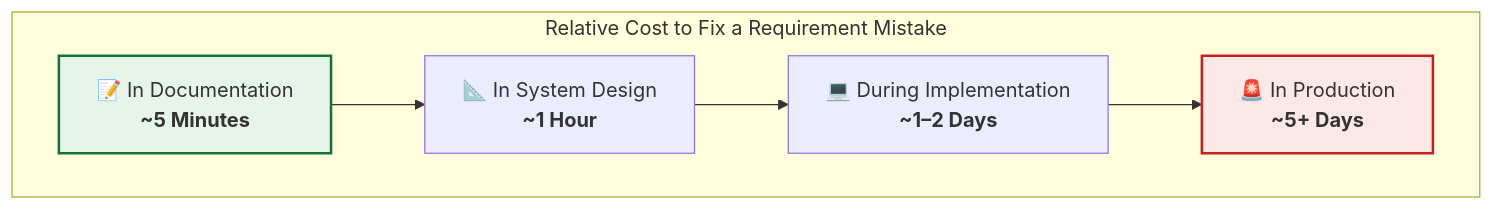
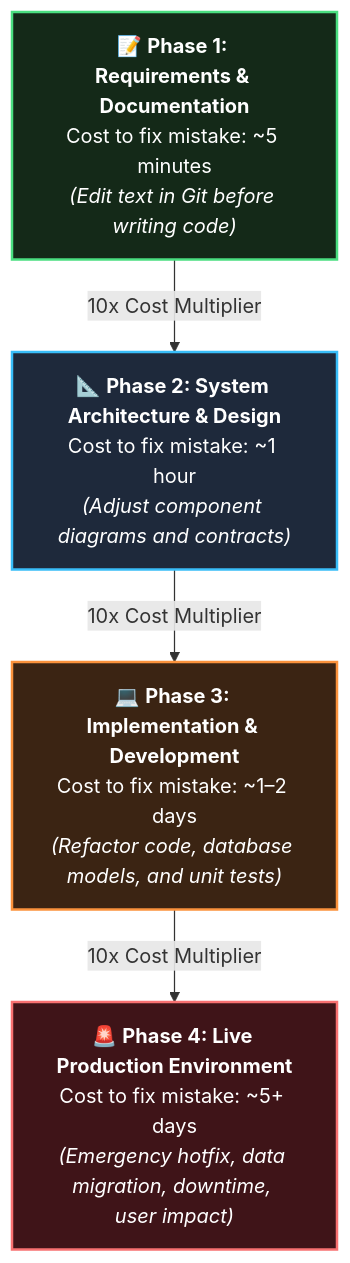
One commit to awoladhossain/OpsPilot changed the first of 6 diagrams in docs/00-how-to-write-docs.md. Above: the diagram before and after it, drawn with Mermaid. The commit also changed other lines of this file, not shown here.

Commit message:
docs: redesign Mermaid diagrams with high-contrast colors and vertical layout for readability

````diff
--- a/docs/00-how-to-write-docs.md
+++ b/docs/00-how-to-write-docs.md
@@ -10,11 +10,16 @@
 ```mermaid
-graph LR
-  subgraph Cost ["Relative Cost to Fix a Requirement Mistake"]
-    direction LR
-    A["📝 In Documentation<br><b>~5 Minutes</b>"] --> B["📐 In System Design<br><b>~1 Hour</b>"]
-    B --> C["💻 During Implementation<br><b>~1–2 Days</b>"]
-    C --> D["🚨 In Production<br><b>~5+ Days</b>"]
-  end
-  style A fill:#e6f4ea,stroke:#137333,stroke-width:2px
-  style D fill:#fce8e6,stroke:#c5221f,stroke-width:2px
+flowchart TD
+  A["📝 <b>Phase 1: Requirements & Documentation</b><br/>Cost to fix mistake: ~5 minutes<br/><i>(Edit text in Git before writing code)</i>"]
+  B["📐 <b>Phase 2: System Architecture & Design</b><br/>Cost to fix mistake: ~1 hour<br/><i>(Adjust component diagrams and contracts)</i>"]
+  C["💻 <b>Phase 3: Implementation & Development</b><br/>Cost to fix mistake: ~1–2 days<br/><i>(Refactor code, database models, and unit tests)</i>"]
+  D["🚨 <b>Phase 4: Live Production Environment</b><br/>Cost to fix mistake: ~5+ days<br/><i>(Emergency hotfix, data migration, downtime, user impact)</i>"]
+
+  A -->|10x Cost Multiplier| B
+  B -->|10x Cost Multiplier| C
+  C -->|10x Cost Multiplier| D
+
+  style A fill:#142918,stroke:#4ade80,stroke-width:2px,color:#ffffff
+  style B fill:#1e293b,stroke:#38bdf8,stroke-width:2px,color:#ffffff
+  style C fill:#3b2413,stroke:#fb923c,stroke-width:2px,color:#ffffff
+  style D fill:#3f1418,stroke:#f87171,stroke-width:2px,color:#ffffff
 ```
````
